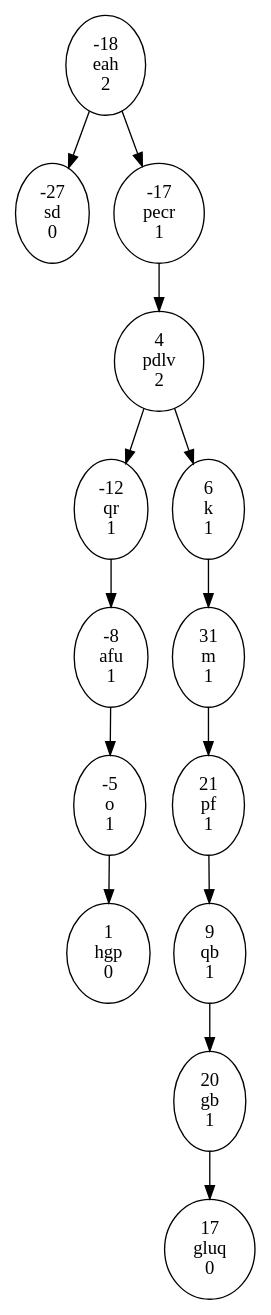
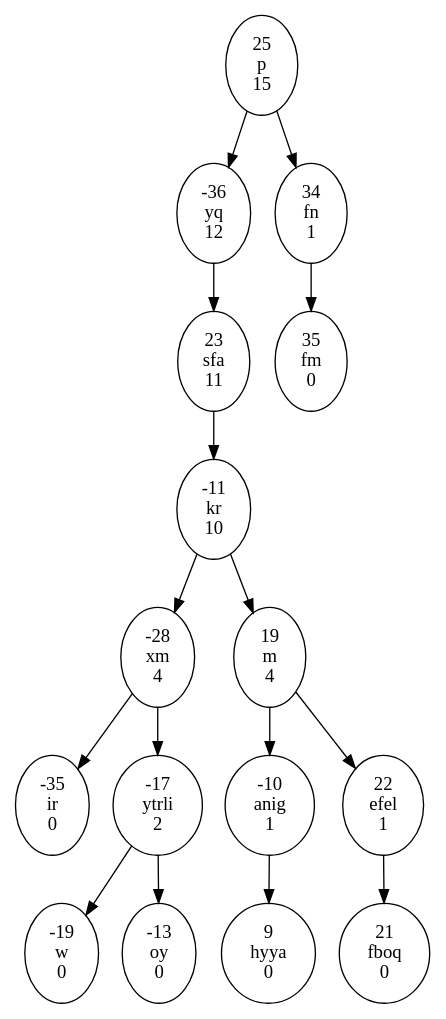
The diagram in AVL/test.dot (piotr-obroslak/Algorithmic_Tasks), drawn with Graphviz before and after one commit.

```diff
--- a/AVL/test.dot
+++ b/AVL/test.dot
@@ -1,29 +1,33 @@
 digraph testAVL {
-	N_27[label="-27\nsd\n0"]
-	N_18[label="-18\neah\n2"]
-	N_18->N_27
-	N_18->N_17
-	N_17[label="-17\npecr\n1"]
-	N_17->N4
-	N_12[label="-12\nqr\n1"]
-	N_12->N_8
-	N_8[label="-8\nafu\n1"]
-	N_8->N_5
-	N_5[label="-5\no\n1"]
-	N_5->N1
-	N1[label="1\nhgp\n0"]
-	N4[label="4\npdlv\n2"]
-	N4->N_12
-	N4->N6
-	N6[label="6\nk\n1"]
-	N6->N31
-	N9[label="9\nqb\n1"]
-	N9->N20
-	N17[label="17\ngluq\n0"]
-	N20[label="20\ngb\n1"]
-	N20->N17
-	N21[label="21\npf\n1"]
-	N21->N9
-	N31[label="31\nm\n1"]
-	N31->N21
+	N_36[label="-36\nyq\n12"]
+	N_36->N23
+	N_35[label="-35\nir\n0"]
+	N_28[label="-28\nxm\n4"]
+	N_28->N_35
+	N_28->N_17
+	N_19[label="-19\nw\n0"]
+	N_17[label="-17\nytrli\n2"]
+	N_17->N_19
+	N_17->N_13
+	N_13[label="-13\noy\n0"]
+	N_11[label="-11\nkr\n10"]
+	N_11->N_28
+	N_11->N19
+	N_10[label="-10\nanig\n1"]
+	N_10->N9
+	N9[label="9\nhyya\n0"]
+	N19[label="19\nm\n4"]
+	N19->N_10
+	N19->N22
+	N21[label="21\nfboq\n0"]
+	N22[label="22\nefel\n1"]
+	N22->N21
+	N23[label="23\nsfa\n11"]
+	N23->N_11
+	N25[label="25\np\n15"]
+	N25->N_36
+	N25->N34
+	N34[label="34\nfn\n1"]
+	N34->N35
+	N35[label="35\nfm\n0"]
 }
```
